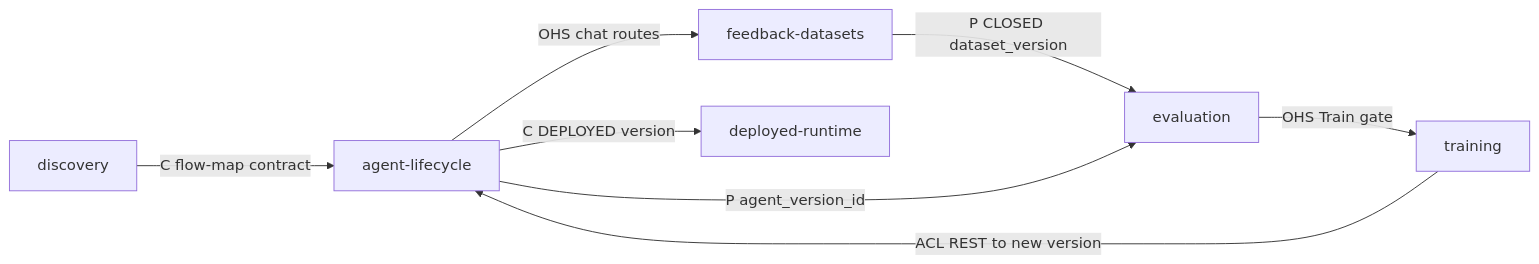
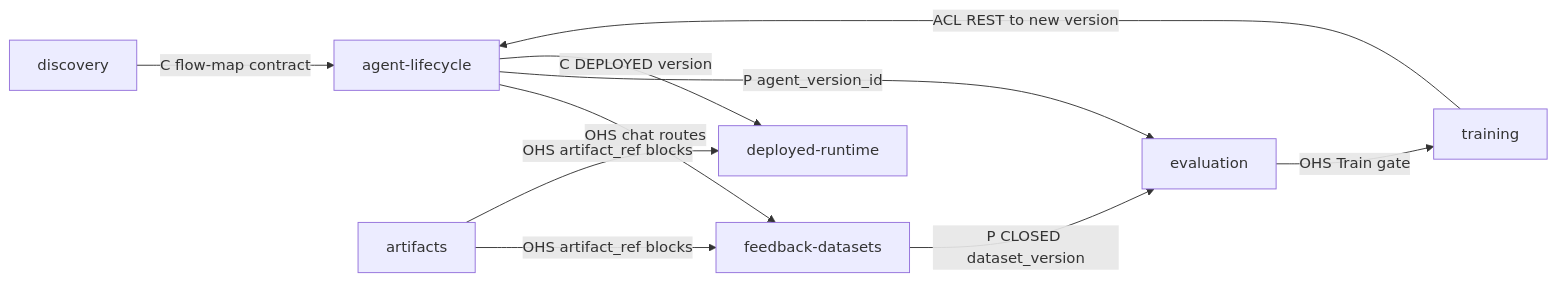
Before and after one commit to DACdigital/openbbc-docs: the diagram in docs/architecture/current/ddd/context-map.md, drawn with Mermaid. The commit also changed other lines of this file and 18 other files, not shown here.

First line of the commit message:
arch: add artifact-support — chat & deployed-runtime artifacts via pluggable storage

````diff
--- a/docs/architecture/current/ddd/context-map.md
+++ b/docs/architecture/current/ddd/context-map.md
@@ -35,17 +42,20 @@
 ```mermaid
 flowchart LR
     DIS[discovery]
     AL[agent-lifecycle]
     FD[feedback-datasets]
     EV[evaluation]
     TR[training]
     DR[deployed-runtime]
+    AR[artifacts]
 
     DIS -- "C flow-map contract" --> AL
     AL -- "OHS chat routes" --> FD
     FD -- "P CLOSED dataset_version" --> EV
     AL -- "P agent_version_id" --> EV
     EV -- "OHS Train gate" --> TR
     TR -- "ACL REST to new version" --> AL
     AL -- "C DEPLOYED version" --> DR
+    AR -- "OHS artifact_ref blocks" --> FD
+    AR -- "OHS artifact_ref blocks" --> DR
 ```
````
